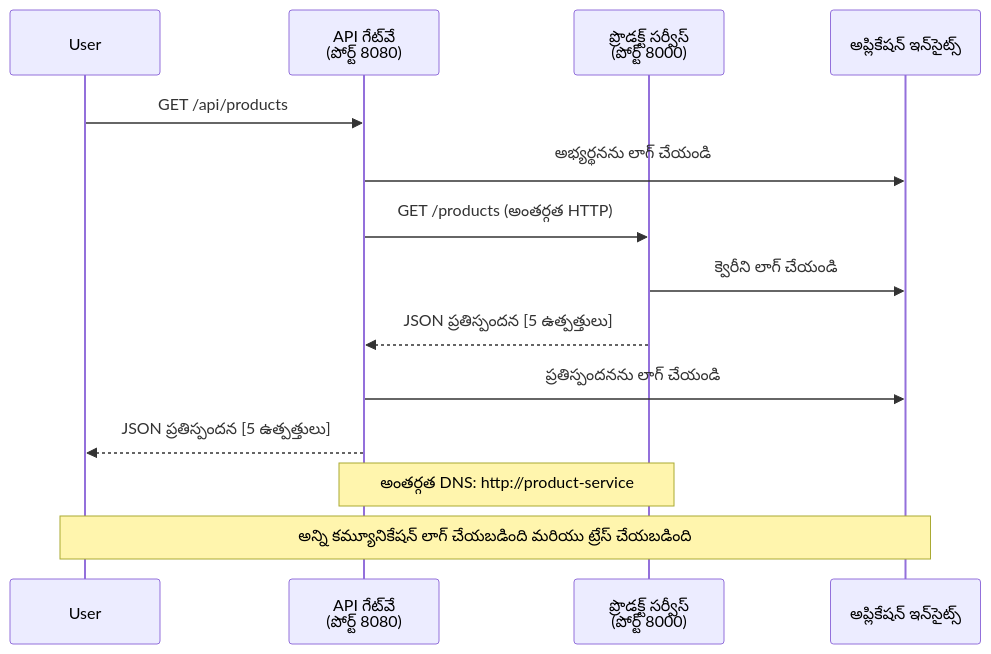
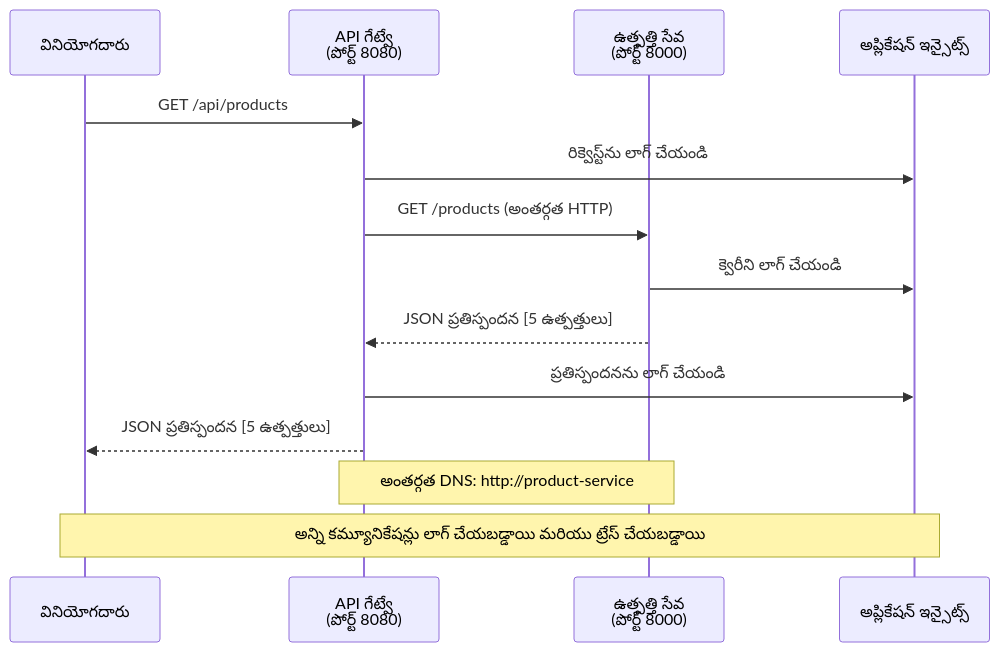
Before and after one commit to microsoft/AZD-for-beginners: the fourth of 4 diagrams in translations/te/examples/microservices/README.md, drawn with Mermaid. The commit also changed other lines of this file and 470 other files, not shown here.

````diff
--- a/translations/te/examples/microservices/README.md
+++ b/translations/te/examples/microservices/README.md
@@ -432,18 +423,18 @@
 ```mermaid
 sequenceDiagram
-    participant User
-    participant Gateway as API గేట్‌వే<br/>(పోర్ట్ 8080)
-    participant Product as ప్రొడక్ట్ సర్వీస్<br/>(పోర్ట్ 8000)
-    participant AI as అప్లికేషన్ ఇన్‌సైట్స్
+    participant User as వినియోగదారు
+    participant Gateway as API గేట్వే<br/>(పోర్ట్ 8080)
+    participant Product as ఉత్పత్తి సేవ<br/>(పోర్ట్ 8000)
+    participant AI as అప్లికేషన్ ఇన్సైట్స్
     
     User->>Gateway: GET /api/products
-    Gateway->>AI: అభ్యర్థనను లాగ్ చేయండి
+    Gateway->>AI: రిక్వెస్ట్‌ను లాగ్ చేయండి
     Gateway->>Product: GET /products (అంతర్గత HTTP)
     Product->>AI: క్వెరీని లాగ్ చేయండి
     Product-->>Gateway: JSON ప్రతిస్పందన [5 ఉత్పత్తులు]
     Gateway->>AI: ప్రతిస్పందనను లాగ్ చేయండి
     Gateway-->>User: JSON ప్రతిస్పందన [5 ఉత్పత్తులు]
     
     Note over Gateway,Product: అంతర్గత DNS: http://product-service
-    Note over User,AI: అన్ని కమ్యూనికేషన్ లాగ్ చేయబడింది మరియు ట్రేస్ చేయబడింది
+    Note over User,AI: అన్ని కమ్యూనికేషన్లు లాగ్ చేయబడ్డాయి మరియు ట్రేస్ చేయబడ్డాయి
 ```
````
